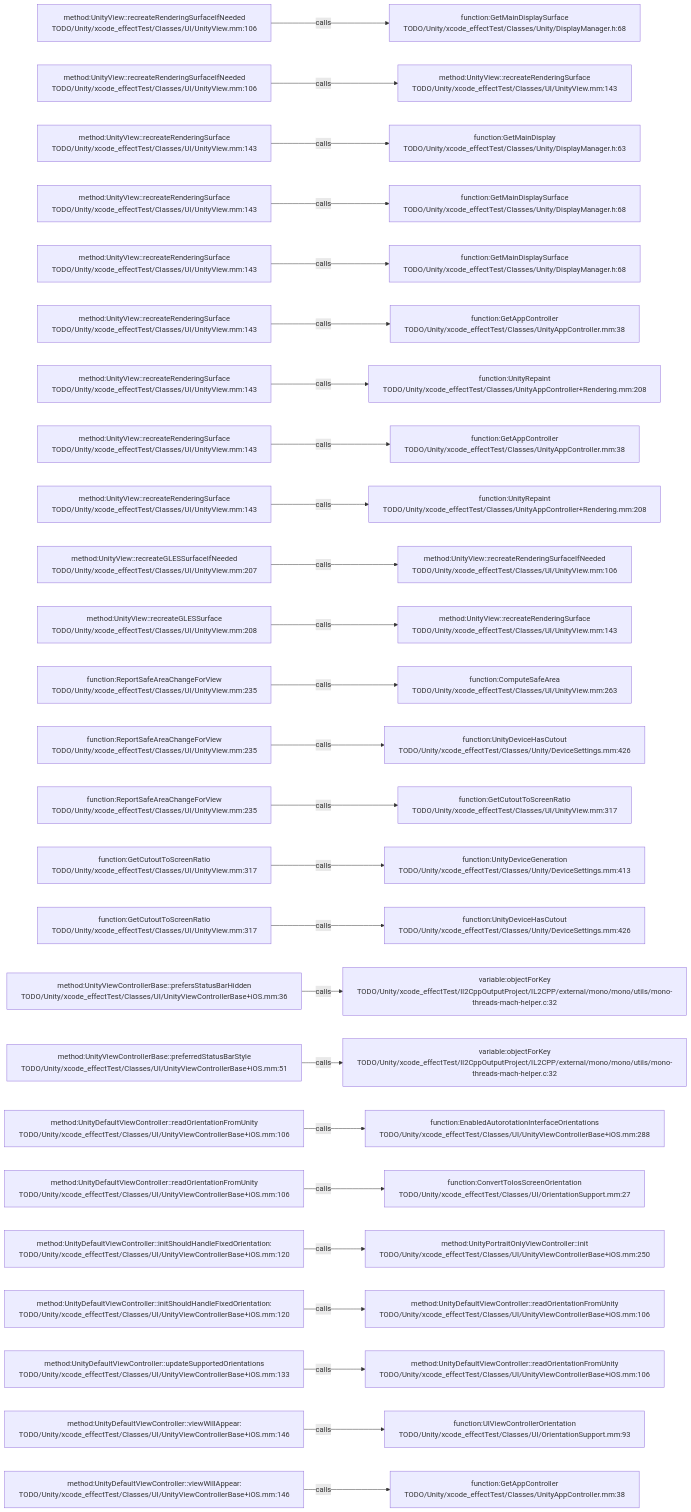
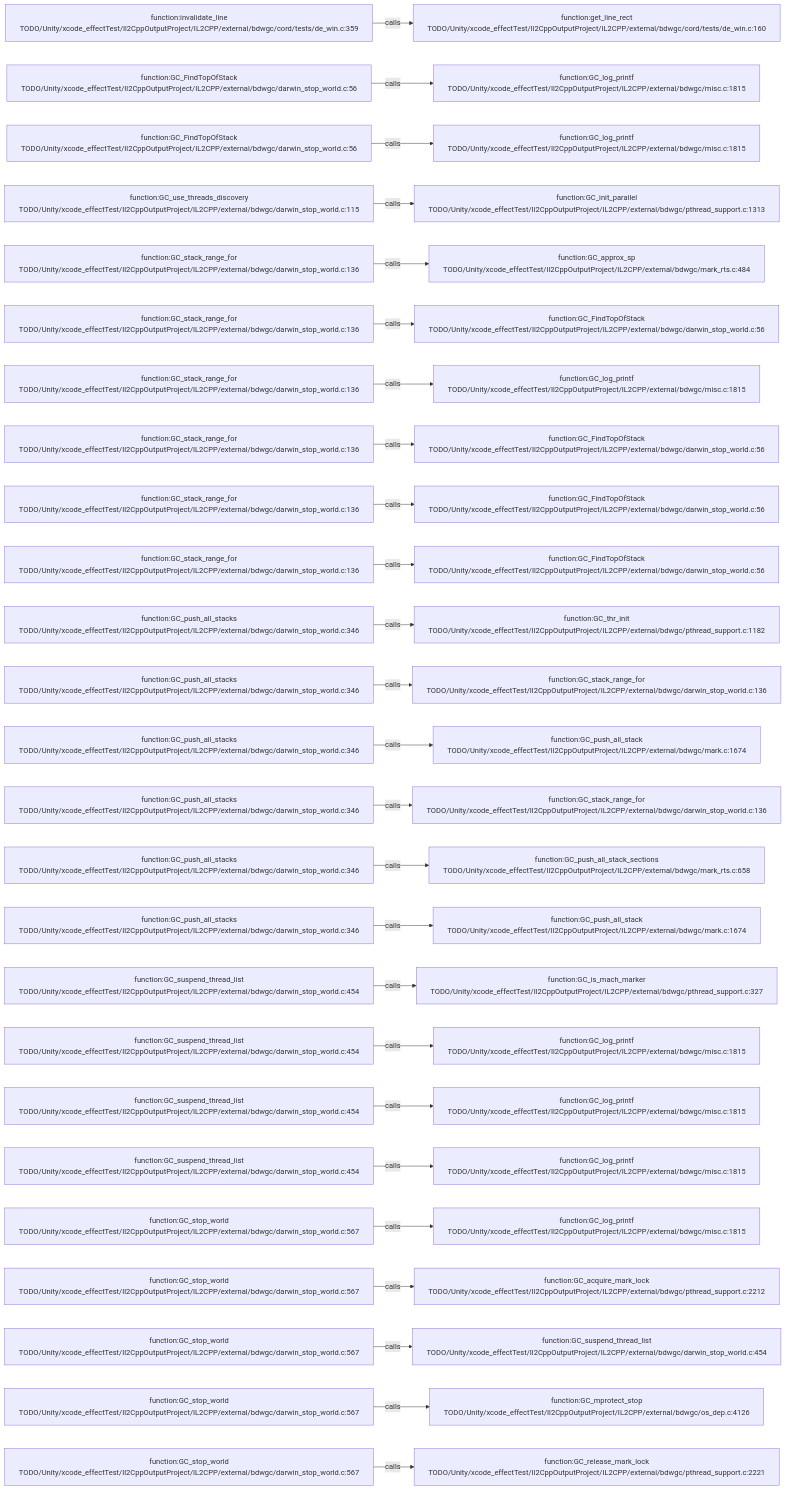
The diagram in .codegraph/codegraph.md/graphs/calls-097.md (JobsKits/JobsSwiftBaseConfigDemo), drawn with Mermaid before and after one commit. The commit also changed 227 other files, not shown here.

````diff
--- a/.codegraph/codegraph.md/graphs/calls-097.md
+++ b/.codegraph/codegraph.md/graphs/calls-097.md
@@ -13,78 +13,78 @@
 ```mermaid
 flowchart LR
-  S1["method:UnityView::recreateRenderingSurfaceIfNeeded<br/>TODO/Unity/xcode_effectTest/Classes/UI/UnityView.mm:106"]
-  T1["function:GetMainDisplaySurface<br/>TODO/Unity/xcode_effectTest/Classes/Unity/DisplayManager.h:68"]
+  S1["function:invalidate_line<br/>TODO/Unity/xcode_effectTest/Il2CppOutputProject/IL2CPP/external/bdwgc/cord/tests/de_win.c:359"]
+  T1["function:get_line_rect<br/>TODO/Unity/xcode_effectTest/Il2CppOutputProject/IL2CPP/external/bdwgc/cord/tests/de_win.c:160"]
   S1 -->|calls| T1
-  S2["method:UnityView::recreateRenderingSurfaceIfNeeded<br/>TODO/Unity/xcode_effectTest/Classes/UI/UnityView.mm:106"]
-  T2["method:UnityView::recreateRenderingSurface<br/>TODO/Unity/xcode_effectTest/Classes/UI/UnityView.mm:143"]
+  S2["function:GC_FindTopOfStack<br/>TODO/Unity/xcode_effectTest/Il2CppOutputProject/IL2CPP/external/bdwgc/darwin_stop_world.c:56"]
+  T2["function:GC_log_printf<br/>TODO/Unity/xcode_effectTest/Il2CppOutputProject/IL2CPP/external/bdwgc/misc.c:1815"]
   S2 -->|calls| T2
-  S3["method:UnityView::recreateRenderingSurface<br/>TODO/Unity/xcode_effectTest/Classes/UI/UnityView.mm:143"]
-  T3["function:GetMainDisplay<br/>TODO/Unity/xcode_effectTest/Classes/Unity/DisplayManager.h:63"]
+  S3["function:GC_FindTopOfStack<br/>TODO/Unity/xcode_effectTest/Il2CppOutputProject/IL2CPP/external/bdwgc/darwin_stop_world.c:56"]
+  T3["function:GC_log_printf<br/>TODO/Unity/xcode_effectTest/Il2CppOutputProject/IL2CPP/external/bdwgc/misc.c:1815"]
   S3 -->|calls| T3
-  S4["method:UnityView::recreateRenderingSurface<br/>TODO/Unity/xcode_effectTest/Classes/UI/UnityView.mm:143"]
-  T4["function:GetMainDisplaySurface<br/>TODO/Unity/xcode_effectTest/Classes/Unity/DisplayManager.h:68"]
+  S4["function:GC_use_threads_discovery<br/>TODO/Unity/xcode_effectTest/Il2CppOutputProject/IL2CPP/external/bdwgc/darwin_stop_world.c:115"]
+  T4["function:GC_init_parallel<br/>TODO/Unity/xcode_effectTest/Il2CppOutputProject/IL2CPP/external/bdwgc/pthread_support.c:1313"]
   S4 -->|calls| T4
-  S5["method:UnityView::recreateRenderingSurface<br/>TODO/Unity/xcode_effectTest/Classes/UI/UnityView.mm:143"]
-  T5["function:GetMainDisplaySurface<br/>TODO/Unity/xcode_effectTest/Classes/Unity/DisplayManager.h:68"]
+  S5["function:GC_stack_range_for<br/>TODO/Unity/xcode_effectTest/Il2CppOutputProject/IL2CPP/external/bdwgc/darwin_stop_world.c:136"]
+  T5["function:GC_approx_sp<br/>TODO/Unity/xcode_effectTest/Il2CppOutputProject/IL2CPP/external/bdwgc/mark_rts.c:484"]
   S5 -->|calls| T5
-  S6["method:UnityView::recreateRenderingSurface<br/>TODO/Unity/xcode_effectTest/Classes/UI/UnityView.mm:143"]
-  T6["function:GetAppController<br/>TODO/Unity/xcode_effectTest/Classes/UnityAppController.mm:38"]
+  S6["function:GC_stack_range_for<br/>TODO/Unity/xcode_effectTest/Il2CppOutputProject/IL2CPP/external/bdwgc/darwin_stop_world.c:136"]
+  T6["function:GC_FindTopOfStack<br/>TODO/Unity/xcode_effectTest/Il2CppOutputProject/IL2CPP/external/bdwgc/darwin_stop_world.c:56"]
   S6 -->|calls| T6
-  S7["method:UnityView::recreateRenderingSurface<br/>TODO/Unity/xcode_effectTest/Classes/UI/UnityView.mm:143"]
-  T7["function:UnityRepaint<br/>TODO/Unity/xcode_effectTest/Classes/UnityAppController+Rendering.mm:208"]
+  S7["function:GC_stack_range_for<br/>TODO/Unity/xcode_effectTest/Il2CppOutputProject/IL2CPP/external/bdwgc/darwin_stop_world.c:136"]
+  T7["function:GC_log_printf<br/>TODO/Unity/xcode_effectTest/Il2CppOutputProject/IL2CPP/external/bdwgc/misc.c:1815"]
   S7 -->|calls| T7
-  S8["method:UnityView::recreateRenderingSurface<br/>TODO/Unity/xcode_effectTest/Classes/UI/UnityView.mm:143"]
-  T8["function:GetAppController<br/>TODO/Unity/xcode_effectTest/Classes/UnityAppController.mm:38"]
+  S8["function:GC_stack_range_for<br/>TODO/Unity/xcode_effectTest/Il2CppOutputProject/IL2CPP/external/bdwgc/darwin_stop_world.c:136"]
+  T8["function:GC_FindTopOfStack<br/>TODO/Unity/xcode_effectTest/Il2CppOutputProject/IL2CPP/external/bdwgc/darwin_stop_world.c:56"]
   S8 -->|calls| T8
-  S9["method:UnityView::recreateRenderingSurface<br/>TODO/Unity/xcode_effectTest/Classes/UI/UnityView.mm:143"]
-  T9["function:UnityRepaint<br/>TODO/Unity/xcode_effectTest/Classes/UnityAppController+Rendering.mm:208"]
+  S9["function:GC_stack_range_for<br/>TODO/Unity/xcode_effectTest/Il2CppOutputProject/IL2CPP/external/bdwgc/darwin_stop_world.c:136"]
+  T9["function:GC_FindTopOfStack<br/>TODO/Unity/xcode_effectTest/Il2CppOutputProject/IL2CPP/external/bdwgc/darwin_stop_world.c:56"]
   S9 -->|calls| T9
-  S10["method:UnityView::recreateGLESSurfaceIfNeeded<br/>TODO/Unity/xcode_effectTest/Classes/UI/UnityView.mm:207"]
-  T10["method:UnityView::recreateRenderingSurfaceIfNeeded<br/>TODO/Unity/xcode_effectTest/Classes/UI/UnityView.mm:106"]
+  S10["function:GC_stack_range_for<br/>TODO/Unity/xcode_effectTest/Il2CppOutputProject/IL2CPP/external/bdwgc/darwin_stop_world.c:136"]
+  T10["function:GC_FindTopOfStack<br/>TODO/Unity/xcode_effectTest/Il2CppOutputProject/IL2CPP/external/bdwgc/darwin_stop_world.c:56"]
   S10 -->|calls| T10
-  S11["method:UnityView::recreateGLESSurface<br/>TODO/Unity/xcode_effectTest/Classes/UI/UnityView.mm:208"]
-  T11["method:UnityView::recreateRenderingSurface<br/>TODO/Unity/xcode_effectTest/Classes/UI/UnityView.mm:143"]
+  S11["function:GC_push_all_stacks<br/>TODO/Unity/xcode_effectTest/Il2CppOutputProject/IL2CPP/external/bdwgc/darwin_stop_world.c:346"]
+  T11["function:GC_thr_init<br/>TODO/Unity/xcode_effectTest/Il2CppOutputProject/IL2CPP/external/bdwgc/pthread_support.c:1182"]
   S11 -->|calls| T11
-  S12["function:ReportSafeAreaChangeForView<br/>TODO/Unity/xcode_effectTest/Classes/UI/UnityView.mm:235"]
-  T12["function:ComputeSafeArea<br/>TODO/Unity/xcode_effectTest/Classes/UI/UnityView.mm:263"]
+  S12["function:GC_push_all_stacks<br/>TODO/Unity/xcode_effectTest/Il2CppOutputProject/IL2CPP/external/bdwgc/darwin_stop_world.c:346"]
+  T12["function:GC_stack_range_for<br/>TODO/Unity/xcode_effectTest/Il2CppOutputProject/IL2CPP/external/bdwgc/darwin_stop_world.c:136"]
   S12 -->|calls| T12
-  S13["function:ReportSafeAreaChangeForView<br/>TODO/Unity/xcode_effectTest/Classes/UI/UnityView.mm:235"]
-  T13["function:UnityDeviceHasCutout<br/>TODO/Unity/xcode_effectTest/Classes/Unity/DeviceSettings.mm:426"]
+  S13["function:GC_push_all_stacks<br/>TODO/Unity/xcode_effectTest/Il2CppOutputProject/IL2CPP/external/bdwgc/darwin_stop_world.c:346"]
+  T13["function:GC_push_all_stack<br/>TODO/Unity/xcode_effectTest/Il2CppOutputProject/IL2CPP/external/bdwgc/mark.c:1674"]
   S13 -->|calls| T13
-  S14["function:ReportSafeAreaChangeForView<br/>TODO/Unity/xcode_effectTest/Classes/UI/UnityView.mm:235"]
-  T14["function:GetCutoutToScreenRatio<br/>TODO/Unity/xcode_effectTest/Classes/UI/UnityView.mm:317"]
+  S14["function:GC_push_all_stacks<br/>TODO/Unity/xcode_effectTest/Il2CppOutputProject/IL2CPP/external/bdwgc/darwin_stop_world.c:346"]
+  T14["function:GC_stack_range_for<br/>TODO/Unity/xcode_effectTest/Il2CppOutputProject/IL2CPP/external/bdwgc/darwin_stop_world.c:136"]
   S14 -->|calls| T14
-  S15["function:GetCutoutToScreenRatio<br/>TODO/Unity/xcode_effectTest/Classes/UI/UnityView.mm:317"]
-  T15["function:UnityDeviceGeneration<br/>TODO/Unity/xcode_effectTest/Classes/Unity/DeviceSettings.mm:413"]
+  S15["function:GC_push_all_stacks<br/>TODO/Unity/xcode_effectTest/Il2CppOutputProject/IL2CPP/external/bdwgc/darwin_stop_world.c:346"]
+  T15["function:GC_push_all_stack_sections<br/>TODO/Unity/xcode_effectTest/Il2CppOutputProject/IL2CPP/external/bdwgc/mark_rts.c:658"]
   S15 -->|calls| T15
-  S16["function:GetCutoutToScreenRatio<br/>TODO/Unity/xcode_effectTest/Classes/UI/UnityView.mm:317"]
-  T16["function:UnityDeviceHasCutout<br/>TODO/Unity/xcode_effectTest/Classes/Unity/DeviceSettings.mm:426"]
+  S16["function:GC_push_all_stacks<br/>TODO/Unity/xcode_effectTest/Il2CppOutputProject/IL2CPP/external/bdwgc/darwin_stop_world.c:346"]
+  T16["function:GC_push_all_stack<br/>TODO/Unity/xcode_effectTest/Il2CppOutputProject/IL2CPP/external/bdwgc/mark.c:1674"]
   S16 -->|calls| T16
-  S17["method:UnityViewControllerBase::prefersStatusBarHidden<br/>TODO/Unity/xcode_effectTest/Classes/UI/UnityViewControllerBase+iOS.mm:36"]
-  T17["variable:objectForKey<br/>TODO/Unity/xcode_effectTest/Il2CppOutputProject/IL2CPP/external/mono/mono/utils/mono-threads-mach-helper.c:32"]
+  S17["function:GC_suspend_thread_list<br/>TODO/Unity/xcode_effectTest/Il2CppOutputProject/IL2CPP/external/bdwgc/darwin_stop_world.c:454"]
+  T17["function:GC_is_mach_marker<br/>TODO/Unity/xcode_effectTest/Il2CppOutputProject/IL2CPP/external/bdwgc/pthread_support.c:327"]
   S17 -->|calls| T17
-  S18["method:UnityViewControllerBase::preferredStatusBarStyle<br/>TODO/Unity/xcode_effectTest/Classes/UI/UnityViewControllerBase+iOS.mm:51"]
-  T18["variable:objectForKey<br/>TODO/Unity/xcode_effectTest/Il2CppOutputProject/IL2CPP/external/mono/mono/utils/mono-threads-mach-helper.c:32"]
+  S18["function:GC_suspend_thread_list<br/>TODO/Unity/xcode_effectTest/Il2CppOutputProject/IL2CPP/external/bdwgc/darwin_stop_world.c:454"]
+  T18["function:GC_log_printf<br/>TODO/Unity/xcode_effectTest/Il2CppOutputProject/IL2CPP/external/bdwgc/misc.c:1815"]
   S18 -->|calls| T18
-  S19["method:UnityDefaultViewController::readOrientationFromUnity<br/>TODO/Unity/xcode_effectTest/Classes/UI/UnityViewControllerBase+iOS.mm:106"]
-  T19["function:EnabledAutorotationInterfaceOrientations<br/>TODO/Unity/xcode_effectTest/Classes/UI/UnityViewControllerBase+iOS.mm:288"]
+  S19["function:GC_suspend_thread_list<br/>TODO/Unity/xcode_effectTest/Il2CppOutputProject/IL2CPP/external/bdwgc/darwin_stop_world.c:454"]
+  T19["function:GC_log_printf<br/>TODO/Unity/xcode_effectTest/Il2CppOutputProject/IL2CPP/external/bdwgc/misc.c:1815"]
   S19 -->|calls| T19
-  S20["method:UnityDefaultViewController::readOrientationFromUnity<br/>TODO/Unity/xcode_effectTest/Classes/UI/UnityViewControllerBase+iOS.mm:106"]
-  T20["function:ConvertToIosScreenOrientation<br/>TODO/Unity/xcode_effectTest/Classes/UI/OrientationSupport.mm:27"]
+  S20["function:GC_suspend_thread_list<br/>TODO/Unity/xcode_effectTest/Il2CppOutputProject/IL2CPP/external/bdwgc/darwin_stop_world.c:454"]
+  T20["function:GC_log_printf<br/>TODO/Unity/xcode_effectTest/Il2CppOutputProject/IL2CPP/external/bdwgc/misc.c:1815"]
   S20 -->|calls| T20
-  S21["method:UnityDefaultViewController::initShouldHandleFixedOrientation:<br/>TODO/Unity/xcode_effectTest/Classes/UI/UnityViewControllerBase+iOS.mm:120"]
-  T21["method:UnityPortraitOnlyViewController::init<br/>TODO/Unity/xcode_effectTest/Classes/UI/UnityViewControllerBase+iOS.mm:250"]
+  S21["function:GC_stop_world<br/>TODO/Unity/xcode_effectTest/Il2CppOutputProject/IL2CPP/external/bdwgc/darwin_stop_world.c:567"]
+  T21["function:GC_log_printf<br/>TODO/Unity/xcode_effectTest/Il2CppOutputProject/IL2CPP/external/bdwgc/misc.c:1815"]
   S21 -->|calls| T21
-  S22["method:UnityDefaultViewController::initShouldHandleFixedOrientation:<br/>TODO/Unity/xcode_effectTest/Classes/UI/UnityViewControllerBase+iOS.mm:120"]
-  T22["method:UnityDefaultViewController::readOrientationFromUnity<br/>TODO/Unity/xcode_effectTest/Classes/UI/UnityViewControllerBase+iOS.mm:106"]
+  S22["function:GC_stop_world<br/>TODO/Unity/xcode_effectTest/Il2CppOutputProject/IL2CPP/external/bdwgc/darwin_stop_world.c:567"]
+  T22["function:GC_acquire_mark_lock<br/>TODO/Unity/xcode_effectTest/Il2CppOutputProject/IL2CPP/external/bdwgc/pthread_support.c:2212"]
   S22 -->|calls| T22
-  S23["method:UnityDefaultViewController::updateSupportedOrientations<br/>TODO/Unity/xcode_effectTest/Classes/UI/UnityViewControllerBase+iOS.mm:133"]
-  T23["method:UnityDefaultViewController::readOrientationFromUnity<br/>TODO/Unity/xcode_effectTest/Classes/UI/UnityViewControllerBase+iOS.mm:106"]
+  S23["function:GC_stop_world<br/>TODO/Unity/xcode_effectTest/Il2CppOutputProject/IL2CPP/external/bdwgc/darwin_stop_world.c:567"]
+  T23["function:GC_suspend_thread_list<br/>TODO/Unity/xcode_effectTest/Il2CppOutputProject/IL2CPP/external/bdwgc/darwin_stop_world.c:454"]
   S23 -->|calls| T23
-  S24["method:UnityDefaultViewController::viewWillAppear:<br/>TODO/Unity/xcode_effectTest/Classes/UI/UnityViewControllerBase+iOS.mm:146"]
-  T24["function:UIViewControllerOrientation<br/>TODO/Unity/xcode_effectTest/Classes/UI/OrientationSupport.mm:93"]
+  S24["function:GC_stop_world<br/>TODO/Unity/xcode_effectTest/Il2CppOutputProject/IL2CPP/external/bdwgc/darwin_stop_world.c:567"]
+  T24["function:GC_mprotect_stop<br/>TODO/Unity/xcode_effectTest/Il2CppOutputProject/IL2CPP/external/bdwgc/os_dep.c:4126"]
   S24 -->|calls| T24
-  S25["method:UnityDefaultViewController::viewWillAppear:<br/>TODO/Unity/xcode_effectTest/Classes/UI/UnityViewControllerBase+iOS.mm:146"]
-  T25["function:GetAppController<br/>TODO/Unity/xcode_effectTest/Classes/UnityAppController.mm:38"]
+  S25["function:GC_stop_world<br/>TODO/Unity/xcode_effectTest/Il2CppOutputProject/IL2CPP/external/bdwgc/darwin_stop_world.c:567"]
+  T25["function:GC_release_mark_lock<br/>TODO/Unity/xcode_effectTest/Il2CppOutputProject/IL2CPP/external/bdwgc/pthread_support.c:2221"]
   S25 -->|calls| T25
 ```
````
